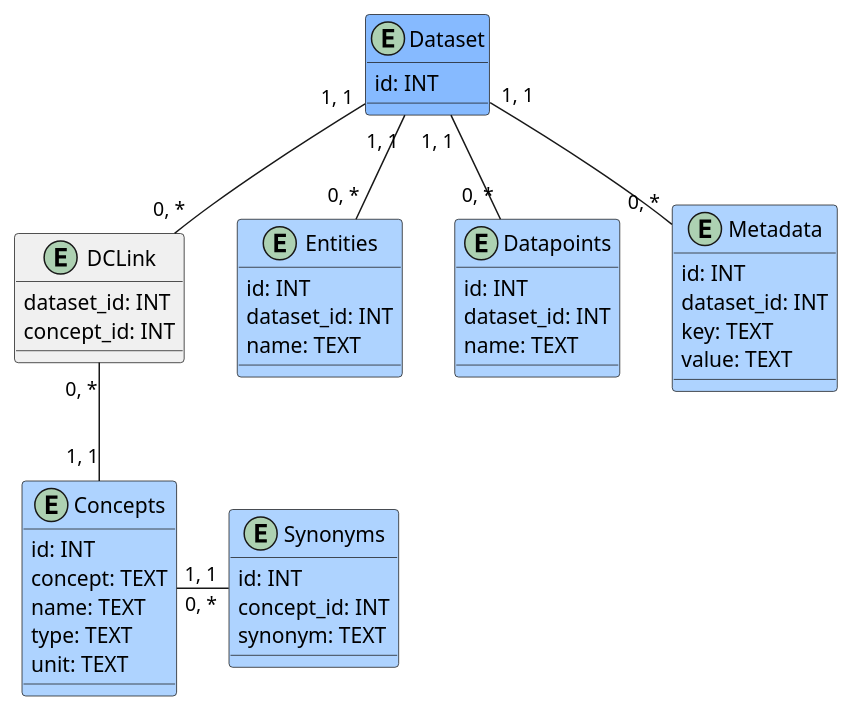
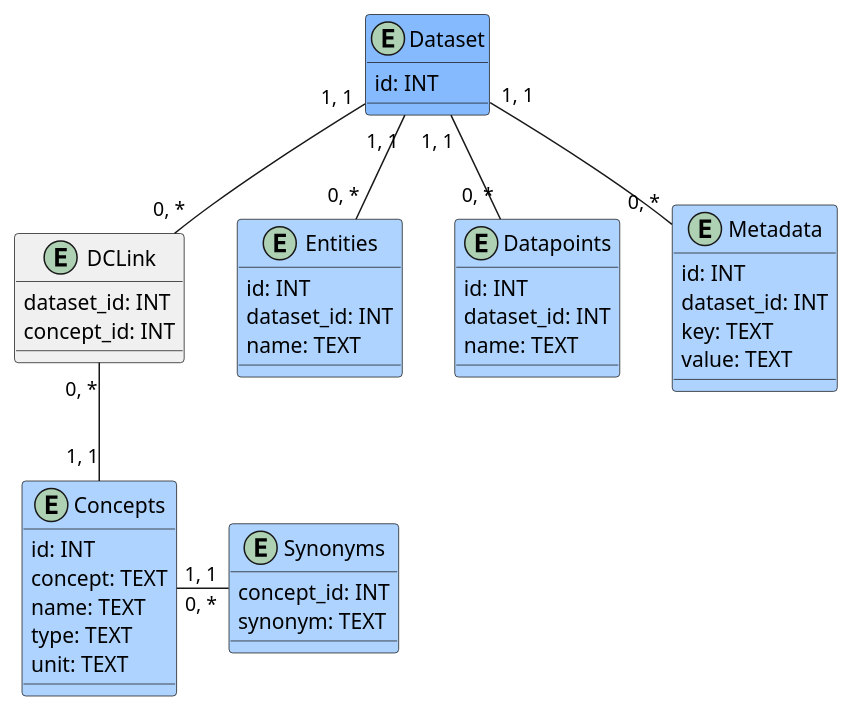
One commit to hate-crew-member-41/Bricks changed the diagram in src/puml/ERM.puml. Above: the diagram before and after it, drawn with PlantUML. The commit also changed 1 other file, not shown here.

```diff
--- a/src/puml/ERM.puml
+++ b/src/puml/ERM.puml
@@ -1,56 +1,55 @@
 @startuml
 
 entity Dataset #86baff {
     id: INT
 }
 
 entity Concepts #aed3ff {
     id: INT
     concept: TEXT
     name: TEXT
     type: TEXT
     unit: TEXT
 }
 
 entity DCLink #f0f0f0 {
     dataset_id: INT
     concept_id: INT
 }
 
 DCLink "0, *"-u-"1, 1" Dataset
 DCLink "0, *"-d-"1, 1" Concepts
 
 entity Synonyms #aed3ff {
-    id: INT
     concept_id: INT
     synonym: TEXT
 }
 
 Synonyms "0, *"-l-"1, 1" Concepts
 
 entity Entities #aed3ff {
     id: INT
     dataset_id: INT
     name: TEXT
 }
 
 Entities "0, *"-u-"1, 1" Dataset
 
 entity Datapoints #aed3ff {
     id: INT
     dataset_id: INT
     name: TEXT
 }
 
 Datapoints "0, *"-u-"1, 1" Dataset
 
 entity Metadata #aed3ff {
     id: INT
     dataset_id: INT
     key: TEXT
     value: TEXT
 }
 
 Metadata "0, *"-u-"1, 1" Dataset
 
 @enduml
```
